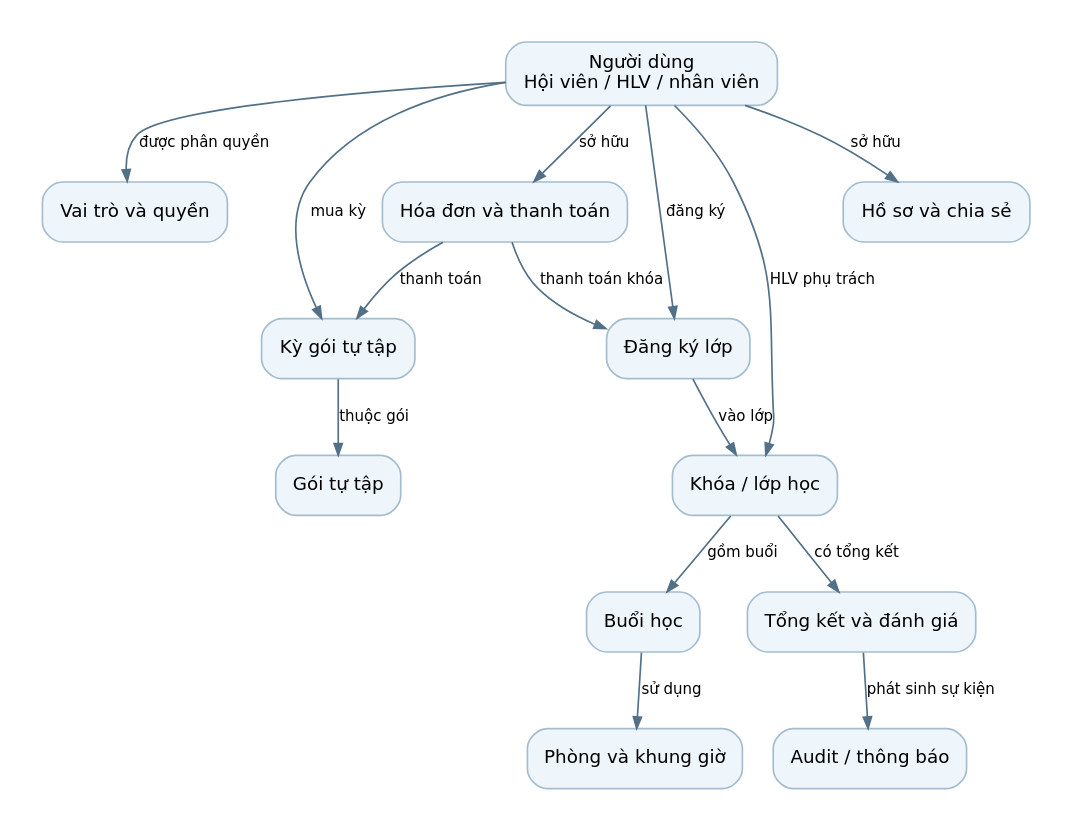
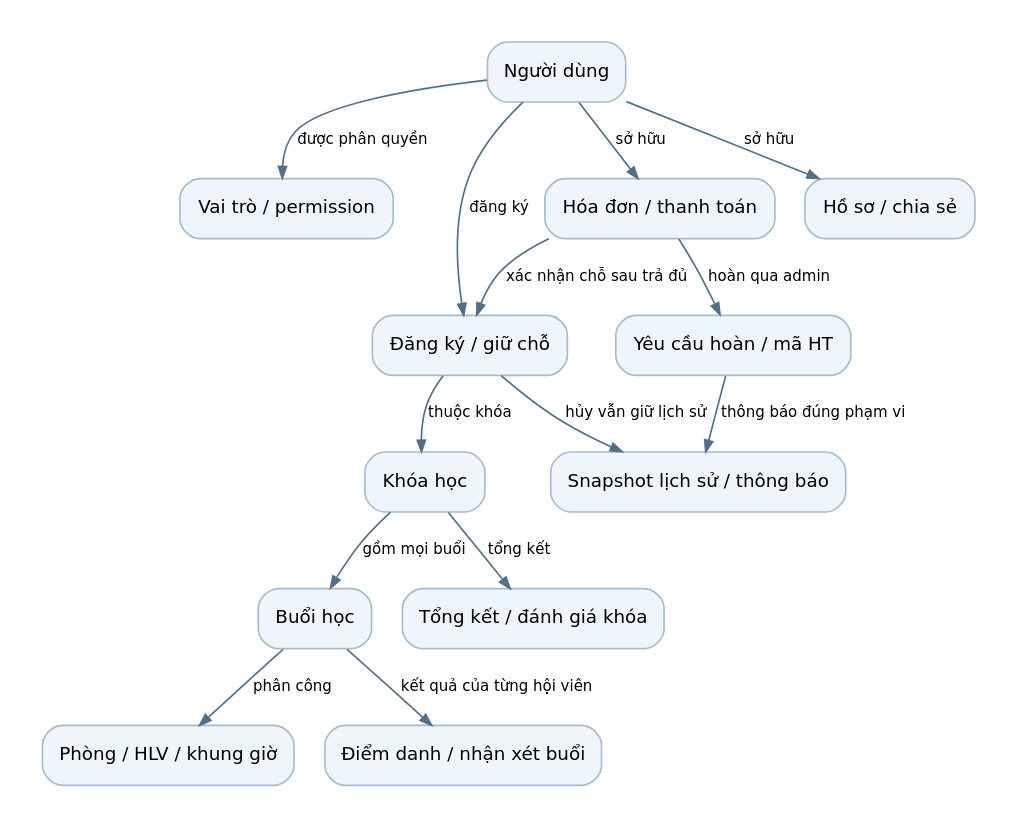
Before and after one commit to NhomHello/Sports-Center-Management-System: the diagram in outputs/bao-cao-cuoi-ky/so-do/conceptual.dot, drawn with Graphviz. The commit also changed 73 other files, not shown here.

Commit message:
docs: refresh project specifications and submission artifacts for course-only flows

```diff
--- a/outputs/bao-cao-cuoi-ky/so-do/conceptual.dot
+++ b/outputs/bao-cao-cuoi-ky/so-do/conceptual.dot
@@ -1,31 +1,30 @@
 digraph G {
 graph [rankdir=TB, bgcolor="white", pad="0.25", nodesep="0.25", ranksep="0.5", fontname="DejaVu Sans", fontsize=15];
 node [shape=box, style="rounded,filled", fillcolor="#eef5fb", color="#a4bdce", fontname="DejaVu Sans", fontsize=11, margin="0.14,0.1"];
 edge [fontname="DejaVu Sans", fontsize=9, color="#527087", arrowsize=0.7];
-person [label="Người dùng\nHội viên / HLV / nhân viên"];
-access [label="Vai trò và quyền"];
-member [label="Kỳ gói tự tập"];
-plan [label="Gói tự tập"];
-class [label="Khóa / lớp học"];
+person [label="Người dùng"];
+access [label="Vai trò / permission"];
+class [label="Khóa học"];
 session [label="Buổi học"];
-room [label="Phòng và khung giờ"];
-enroll [label="Đăng ký lớp"];
-invoice [label="Hóa đơn và thanh toán"];
-summary [label="Tổng kết và đánh giá"];
-profile [label="Hồ sơ và chia sẻ"];
-audit [label="Audit / thông báo"];
+room [label="Phòng / HLV / khung giờ"];
+enroll [label="Đăng ký / giữ chỗ"];
+invoice [label="Hóa đơn / thanh toán"];
+refund [label="Yêu cầu hoàn / mã HT"];
+feedback [label="Điểm danh / nhận xét buổi"];
+summary [label="Tổng kết / đánh giá khóa"];
+profile [label="Hồ sơ / chia sẻ"];
+audit [label="Snapshot lịch sử / thông báo"];
 person -> access [label="được phân quyền"];
-person -> member [label="mua kỳ"];
-member -> plan [label="thuộc gói"];
 person -> enroll [label="đăng ký"];
-enroll -> class [label="vào lớp"];
-class -> session [label="gồm buổi"];
-session -> room [label="sử dụng"];
-person -> class [label="HLV phụ trách"];
-invoice -> member [label="thanh toán"];
-invoice -> enroll [label="thanh toán khóa"];
+enroll -> class [label="thuộc khóa"];
+class -> session [label="gồm mọi buổi"];
+session -> room [label="phân công"];
+invoice -> enroll [label="xác nhận chỗ sau trả đủ"];
 person -> invoice [label="sở hữu"];
-class -> summary [label="có tổng kết"];
+invoice -> refund [label="hoàn qua admin"];
+session -> feedback [label="kết quả của từng hội viên"];
+class -> summary [label="tổng kết"];
 person -> profile [label="sở hữu"];
-summary -> audit [label="phát sinh sự kiện"];
+enroll -> audit [label="hủy vẫn giữ lịch sử"];
+refund -> audit [label="thông báo đúng phạm vi"];
 }
```
